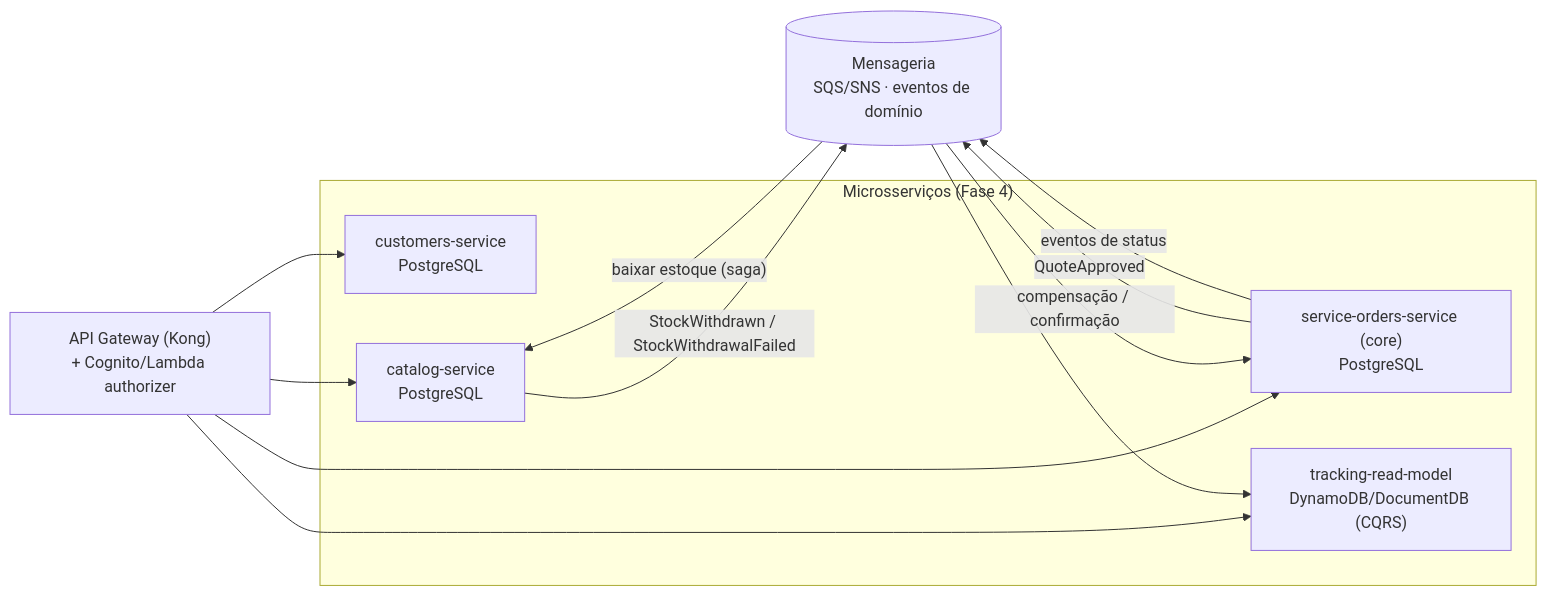
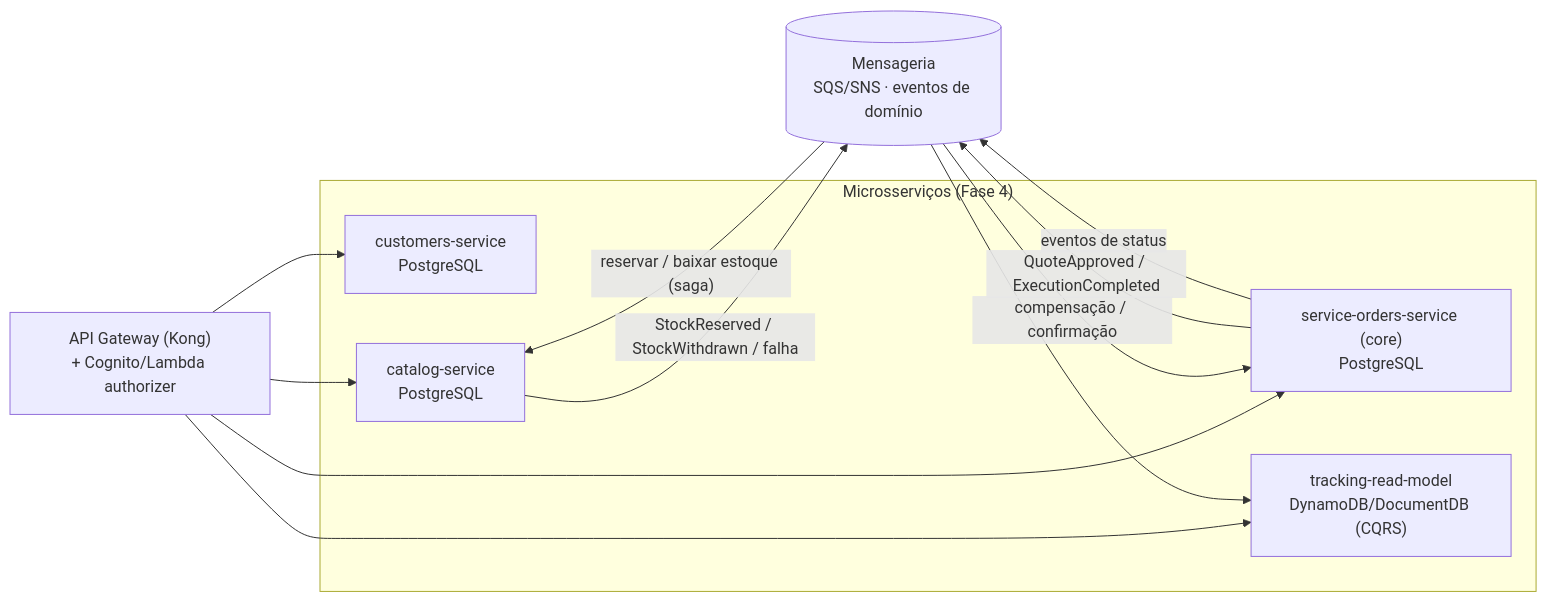
The second of 2 diagrams in docs/04-arquitetura/evolucao-fases.md (HermandoThiago/FIAP-SOAT), drawn with Mermaid before and after one commit. The commit also changed other lines of this file and 57 other files, not shown here.

````diff
--- a/docs/04-arquitetura/evolucao-fases.md
+++ b/docs/04-arquitetura/evolucao-fases.md
@@ -37,17 +37,17 @@
 ```mermaid
 flowchart LR
     GW["API Gateway (Kong)<br/>+ Cognito/Lambda authorizer"]
     subgraph Servicos["Microsserviços (Fase 4)"]
         S1["customers-service<br/>PostgreSQL"]
         S2["catalog-service<br/>PostgreSQL"]
         S3["service-orders-service (core)<br/>PostgreSQL"]
         S4["tracking-read-model<br/>DynamoDB/DocumentDB (CQRS)"]
     end
     BUS[("Mensageria<br/>SQS/SNS · eventos de domínio")]
     GW --> S1 & S2 & S3 & S4
-    S3 -- "QuoteApproved" --> BUS
-    BUS -- "baixar estoque (saga)" --> S2
-    S2 -- "StockWithdrawn / StockWithdrawalFailed" --> BUS
+    S3 -- "QuoteApproved / ExecutionCompleted" --> BUS
+    BUS -- "reservar / baixar estoque (saga)" --> S2
+    S2 -- "StockReserved / StockWithdrawn / falha" --> BUS
     BUS -- "compensação / confirmação" --> S3
     S3 -- "eventos de status" --> BUS --> S4
 ```
````
